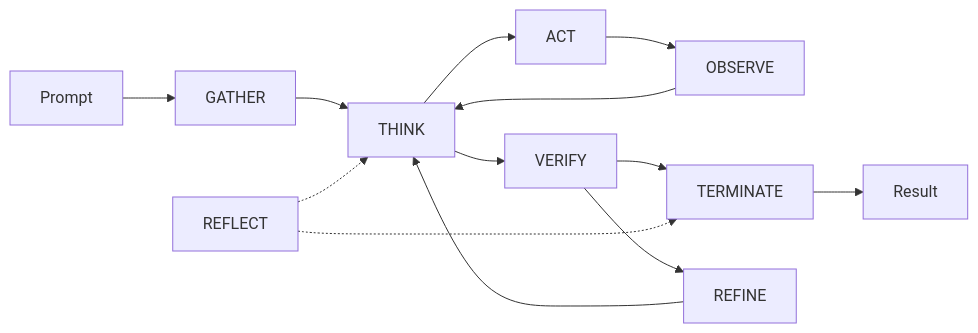
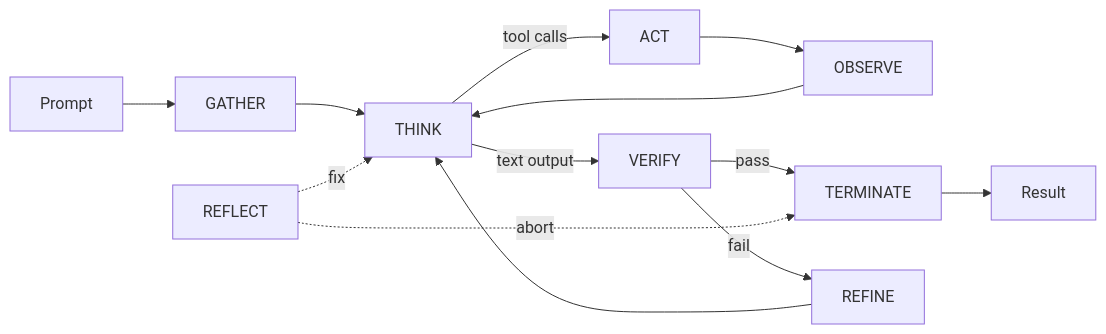
The third of 3 diagrams in README.md (archerzing-tech/agent-event-loop), drawn with Mermaid before and after one commit. The commit also changed other lines of this file and 20 other files, not shown here.

````diff
--- a/README.md
+++ b/README.md
@@ -85,15 +135,15 @@
 ```mermaid
 flowchart LR
     Input["Prompt"] --> GATHER
     GATHER --> THINK
-    THINK --> ACT
+    THINK -->|tool calls| ACT
+    THINK -->|text output| VERIFY
     ACT --> OBSERVE
     OBSERVE --> THINK
-    THINK --> VERIFY
-    VERIFY --> TERMINATE
-    VERIFY --> REFINE
+    VERIFY -->|pass| TERMINATE
+    VERIFY -->|fail| REFINE
     REFINE --> THINK
-    REFLECT -.-> THINK
-    REFLECT -.-> TERMINATE
+    REFLECT -.->|fix| THINK
+    REFLECT -.->|abort| TERMINATE
     TERMINATE --> Output["Result"]
 ```
````
